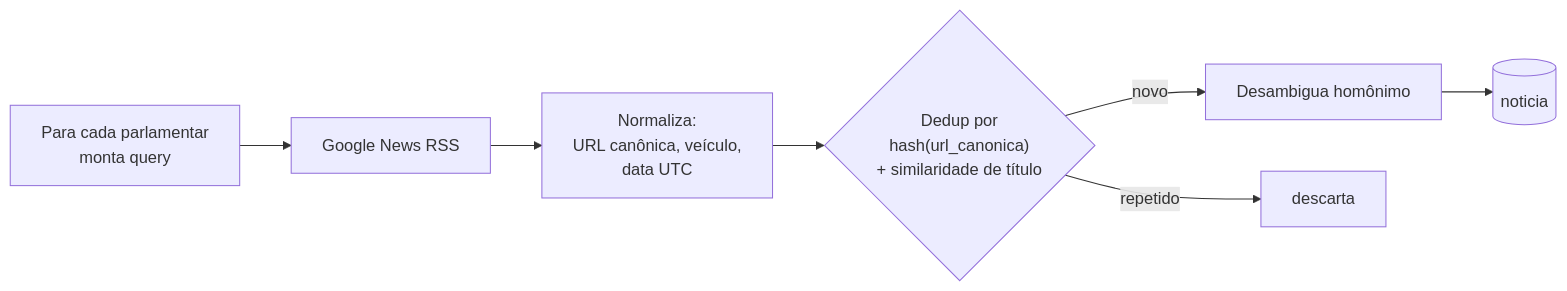
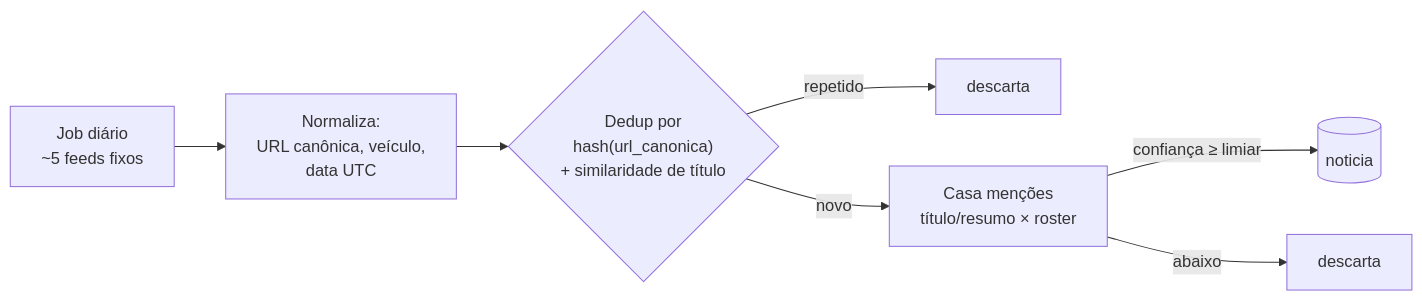
Before and after one commit to IgorLucasAssuncao/poligraph: the second of 2 diagrams in docs/arq/20-crawler-noticias.md, drawn with Mermaid. The commit also changed other lines of this file and 1 other file, not shown here.

````diff
--- a/docs/arq/20-crawler-noticias.md
+++ b/docs/arq/20-crawler-noticias.md
@@ -153,9 +154,9 @@
 ```mermaid
 flowchart LR
-    A["Para cada parlamentar<br/>monta query"] --> B["Google News RSS"]
-    B --> C["Normaliza:<br/>URL canônica, veículo,<br/>data UTC"]
+    A["Job diário<br/>~5 feeds fixos"] --> C["Normaliza:<br/>URL canônica, veículo,<br/>data UTC"]
     C --> D{"Dedup por<br/>hash(url_canonica)<br/>+ similaridade de título"}
-    D -->|novo| E["Desambigua homônimo"]
     D -->|repetido| X["descarta"]
-    E --> F[("noticia")]
+    D -->|novo| E["Casa menções<br/>título/resumo × roster"]
+    E -->|"confiança ≥ limiar"| F[("noticia")]
+    E -->|"abaixo"| Y["descarta"]
 ```
````
